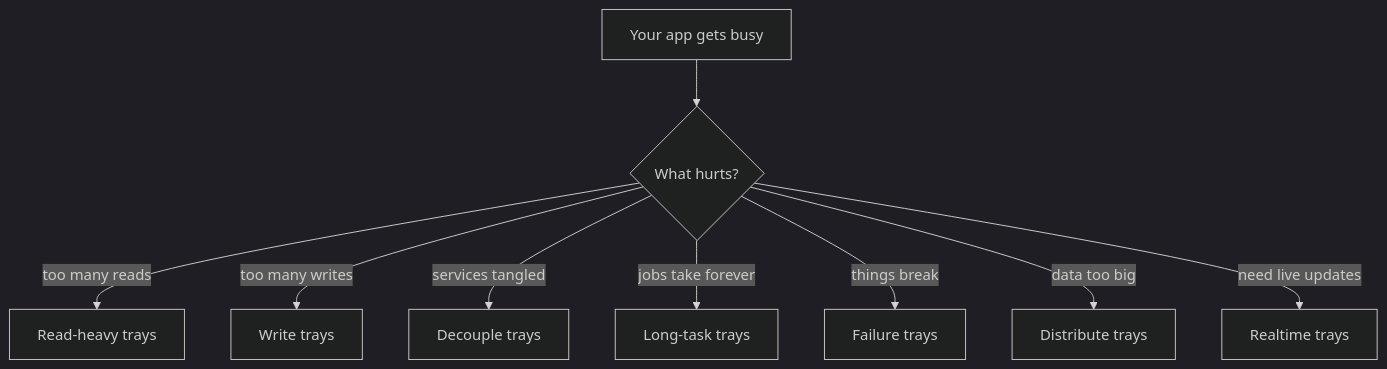
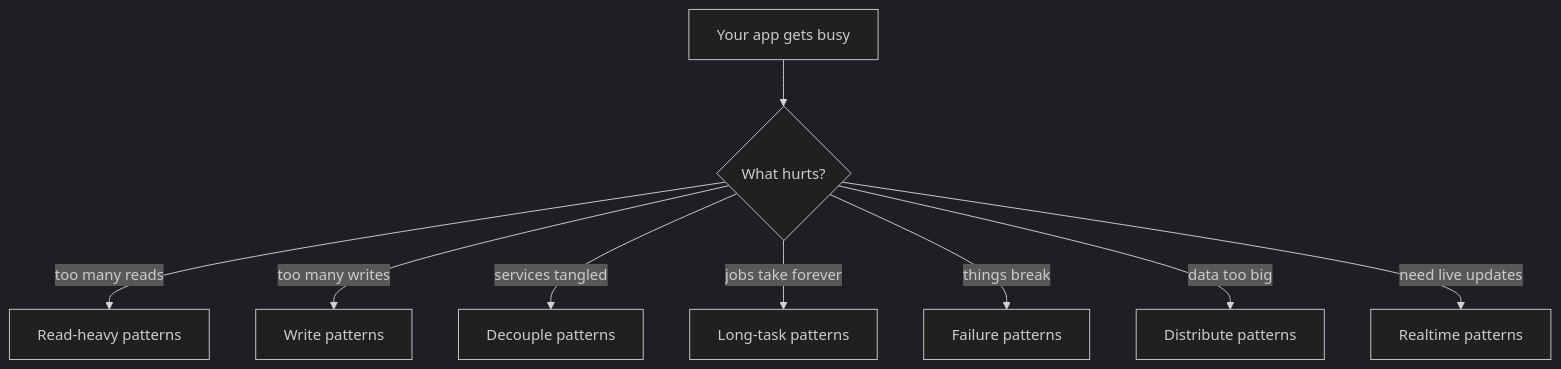
One commit to vijaykumarjob0701/theintelliwise changed the first of 3 diagrams in _posts/2026-09-24-system-design-patterns-lunch-tray.md. Above: the diagram before and after it, drawn with Mermaid (dark theme). The commit also changed other lines of this file and 6 other files, not shown here.

````diff
--- a/_posts/2026-09-24-system-design-patterns-lunch-tray.md
+++ b/_posts/2026-09-24-system-design-patterns-lunch-tray.md
@@ -15,11 +15,11 @@
 ```mermaid
 flowchart TB
   A[Your app gets busy] --> B{What hurts?}
-  B -->|too many reads| C[Read-heavy trays]
-  B -->|too many writes| D[Write trays]
-  B -->|services tangled| E[Decouple trays]
-  B -->|jobs take forever| F[Long-task trays]
-  B -->|things break| G[Failure trays]
-  B -->|data too big| H[Distribute trays]
-  B -->|need live updates| I[Realtime trays]
+  B -->|too many reads| C[Read-heavy patterns]
+  B -->|too many writes| D[Write patterns]
+  B -->|services tangled| E[Decouple patterns]
+  B -->|jobs take forever| F[Long-task patterns]
+  B -->|things break| G[Failure patterns]
+  B -->|data too big| H[Distribute patterns]
+  B -->|need live updates| I[Realtime patterns]
 ```
````
